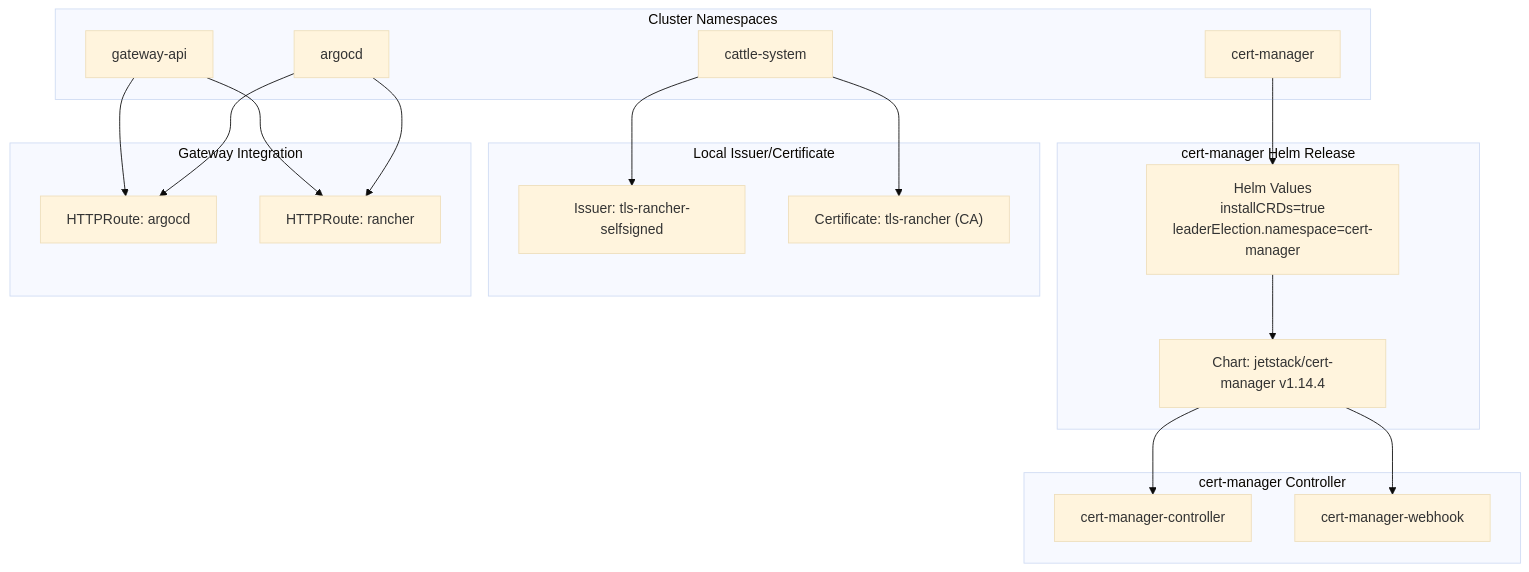
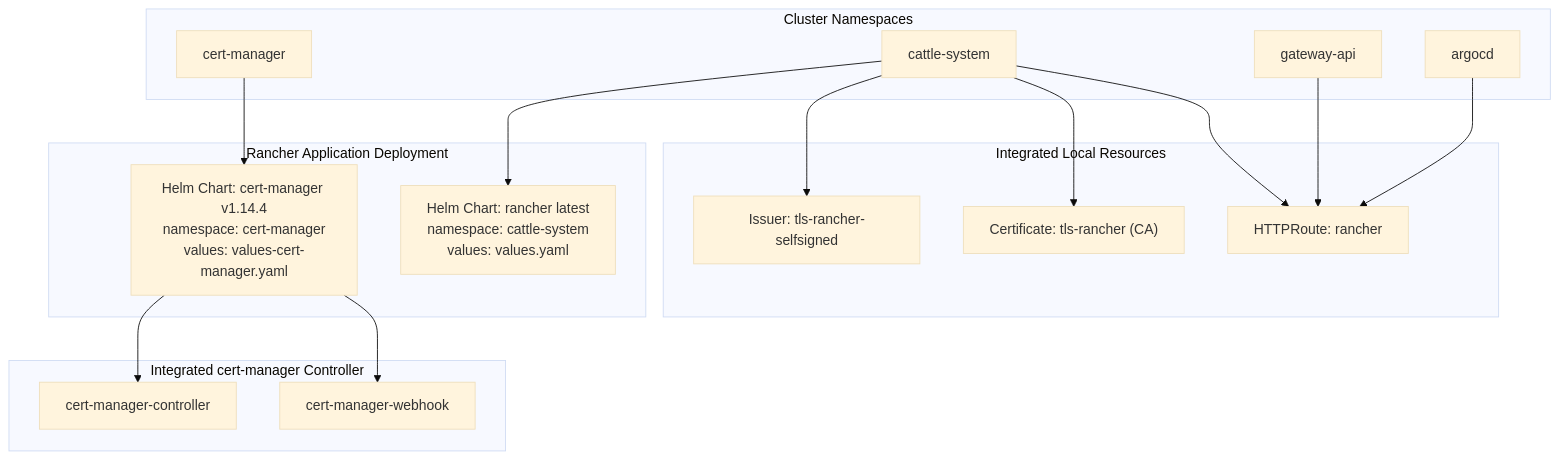
One commit to Hoangvu75/k8s_manifest changed the second of 5 diagrams in .qoder/repowiki/en/content/Playground Applications/Certificate Manager Application.md. Above: the diagram before and after it, drawn with Mermaid (base theme). The commit also changed other lines of this file and 24 other files, not shown here.

````diff
--- a/.qoder/repowiki/en/content/Playground Applications/Certificate Manager Application.md
+++ b/.qoder/repowiki/en/content/Playground Applications/Certificate Manager Application.md
@@ -80,35 +96,31 @@
 ```mermaid
 graph TB
 subgraph "Cluster Namespaces"
 N1["cert-manager"]
 N2["cattle-system"]
 N3["gateway-api"]
 N4["argocd"]
 end
-subgraph "cert-manager Helm Release"
-H1["Helm Values<br/>installCRDs=true<br/>leaderElection.namespace=cert-manager"]
-H2["Chart: jetstack/cert-manager v1.14.4"]
+subgraph "Rancher Application Deployment"
+H1["Helm Chart: cert-manager v1.14.4<br/>namespace: cert-manager<br/>values: values-cert-manager.yaml"]
+H2["Helm Chart: rancher latest<br/>namespace: cattle-system<br/>values: values.yaml"]
 end
-subgraph "cert-manager Controller"
+subgraph "Integrated cert-manager Controller"
 C1["cert-manager-controller"]
 C2["cert-manager-webhook"]
 end
-subgraph "Local Issuer/Certificate"
+subgraph "Integrated Local Resources"
 I1["Issuer: tls-rancher-selfsigned"]
 R1["Certificate: tls-rancher (CA)"]
-end
-subgraph "Gateway Integration"
-G1["HTTPRoute: argocd"]
-G2["HTTPRoute: rancher"]
+G1["HTTPRoute: rancher"]
 end
 N1 --> H1
-H1 --> H2
-H2 --> C1
-H2 --> C2
+H1 --> C1
+H1 --> C2
+N2 --> H2
 N2 --> I1
 N2 --> R1
+N2 --> G1
 N3 --> G1
-N3 --> G2
 N4 --> G1
-N4 --> G2
 ```
````
